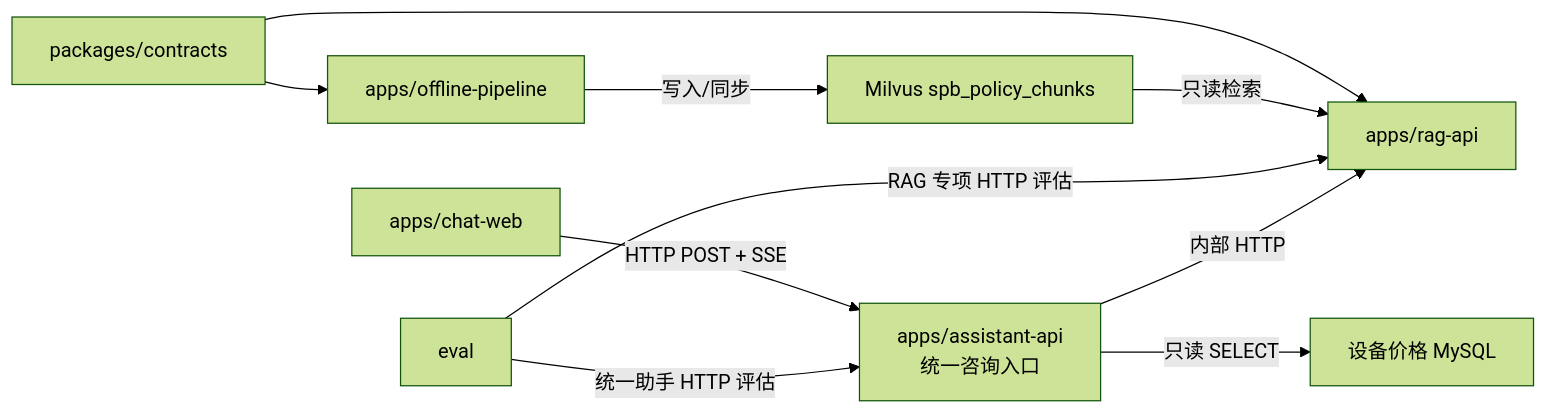
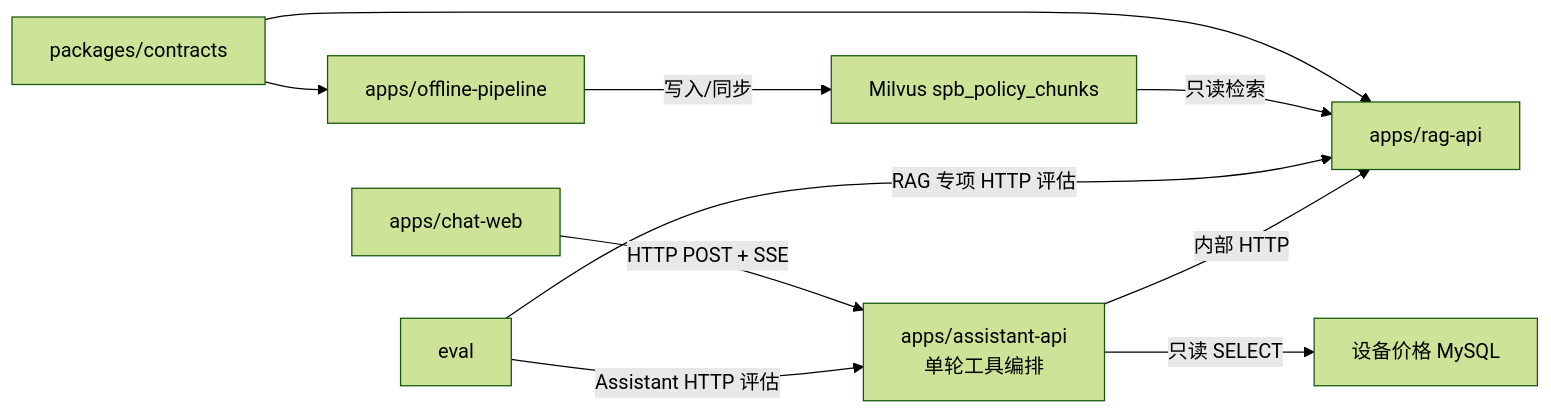
The first of 2 diagrams in docs/workspace-architecture.md (wwbotww/Intern26-spb), drawn with Mermaid (forest theme) before and after one commit. The commit also changed other lines of this file and 11 other files, not shown here.

````diff
--- a/docs/workspace-architecture.md
+++ b/docs/workspace-architecture.md
@@ -9,13 +12,13 @@
 ```mermaid
 flowchart LR
     C["packages/contracts"] --> O["apps/offline-pipeline"]
     C --> R["apps/rag-api"]
     O -->|"写入/同步"| M["Milvus spb_policy_chunks"]
     M -->|"只读检索"| R
     W["apps/chat-web"] -->|"HTTP POST + SSE"| A
     E["eval"] -->|"RAG 专项 HTTP 评估"| R
-    E -->|"统一助手 HTTP 评估"| A
-    A["apps/assistant-api<br/>统一咨询入口"]
+    E -->|"Assistant HTTP 评估"| A
+    A["apps/assistant-api<br/>单轮工具编排"]
     A -->|"内部 HTTP"| R
     A -->|"只读 SELECT"| P["设备价格 MySQL"]
 ```
````
